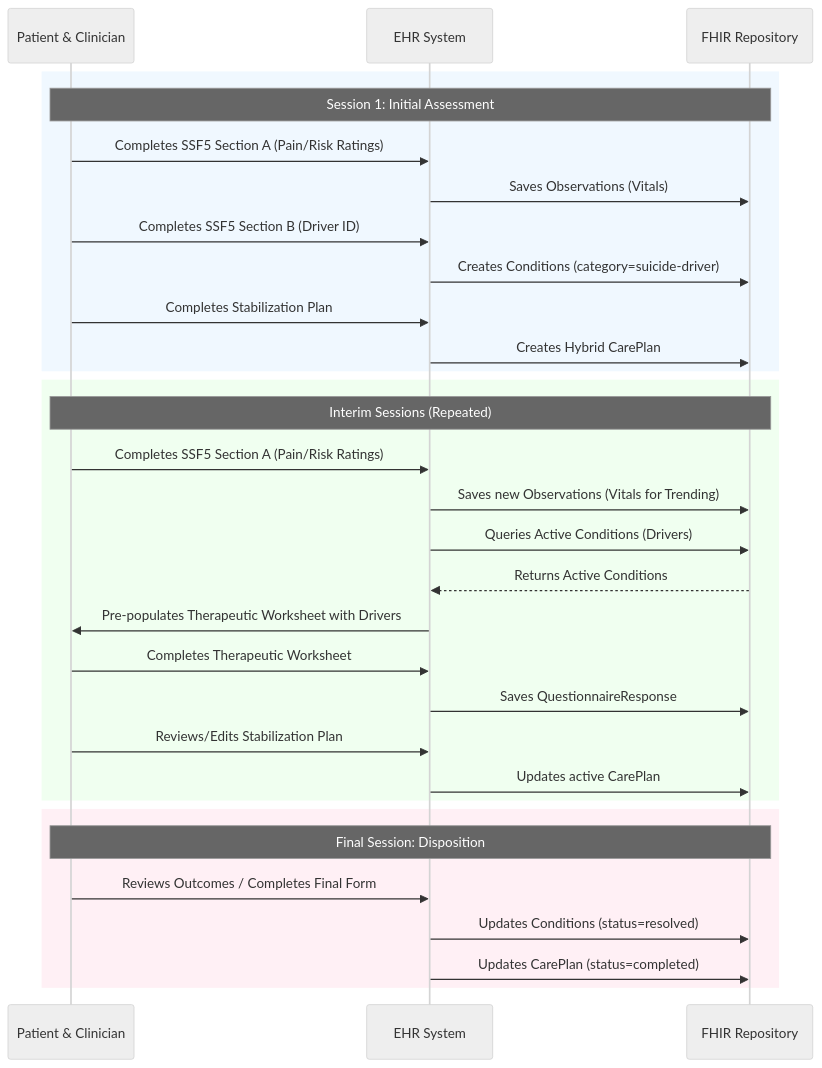
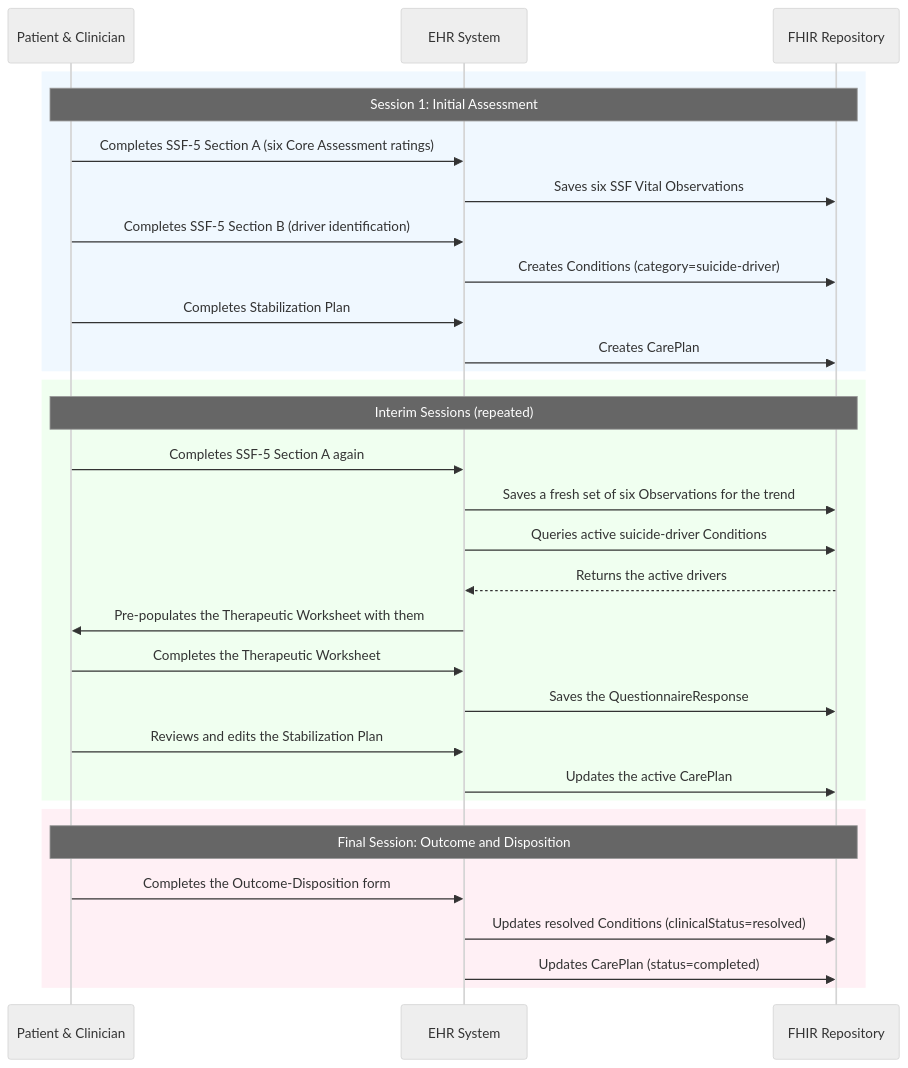
The diagram in FHIR-Resources/CAMS/README.md (SPiER-Project/adoption-guide), drawn with Mermaid (neutral theme) before and after one commit. The commit also changed other lines of this file and 34 other files, not shown here.

````diff
--- a/FHIR-Resources/CAMS/README.md
+++ b/FHIR-Resources/CAMS/README.md
@@ -74,36 +78,36 @@
 ```mermaid
 sequenceDiagram
     participant P as Patient & Clinician
     participant E as EHR System
     participant F as FHIR Repository
 
     rect rgb(240, 248, 255)
         Note over P,F: Session 1: Initial Assessment
-        P->>E: Completes SSF5 Section A (Pain/Risk Ratings)
-        E->>F: Saves Observations (Vitals)
-        P->>E: Completes SSF5 Section B (Driver ID)
+        P->>E: Completes SSF-5 Section A (six Core Assessment ratings)
+        E->>F: Saves six SSF Vital Observations
+        P->>E: Completes SSF-5 Section B (driver identification)
         E->>F: Creates Conditions (category=suicide-driver)
         P->>E: Completes Stabilization Plan
-        E->>F: Creates Hybrid CarePlan
+        E->>F: Creates CarePlan
     end
 
     rect rgb(240, 255, 240)
-        Note over P,F: Interim Sessions (Repeated)
-        P->>E: Completes SSF5 Section A (Pain/Risk Ratings)
-        E->>F: Saves new Observations (Vitals for Trending)
-        E->>F: Queries Active Conditions (Drivers)
-        F-->>E: Returns Active Conditions
-        E->>P: Pre-populates Therapeutic Worksheet with Drivers
-        P->>E: Completes Therapeutic Worksheet
-        E->>F: Saves QuestionnaireResponse
-        P->>E: Reviews/Edits Stabilization Plan
-        E->>F: Updates active CarePlan
+        Note over P,F: Interim Sessions (repeated)
+        P->>E: Completes SSF-5 Section A again
+        E->>F: Saves a fresh set of six Observations for the trend
+        E->>F: Queries active suicide-driver Conditions
+        F-->>E: Returns the active drivers
+        E->>P: Pre-populates the Therapeutic Worksheet with them
+        P->>E: Completes the Therapeutic Worksheet
+        E->>F: Saves the QuestionnaireResponse
+        P->>E: Reviews and edits the Stabilization Plan
+        E->>F: Updates the active CarePlan
     end
 
     rect rgb(255, 240, 245)
-        Note over P,F: Final Session: Disposition
-        P->>E: Reviews Outcomes / Completes Final Form
-        E->>F: Updates Conditions (status=resolved)
+        Note over P,F: Final Session: Outcome and Disposition
+        P->>E: Completes the Outcome-Disposition form
+        E->>F: Updates resolved Conditions (clinicalStatus=resolved)
         E->>F: Updates CarePlan (status=completed)
     end
 ```
````
